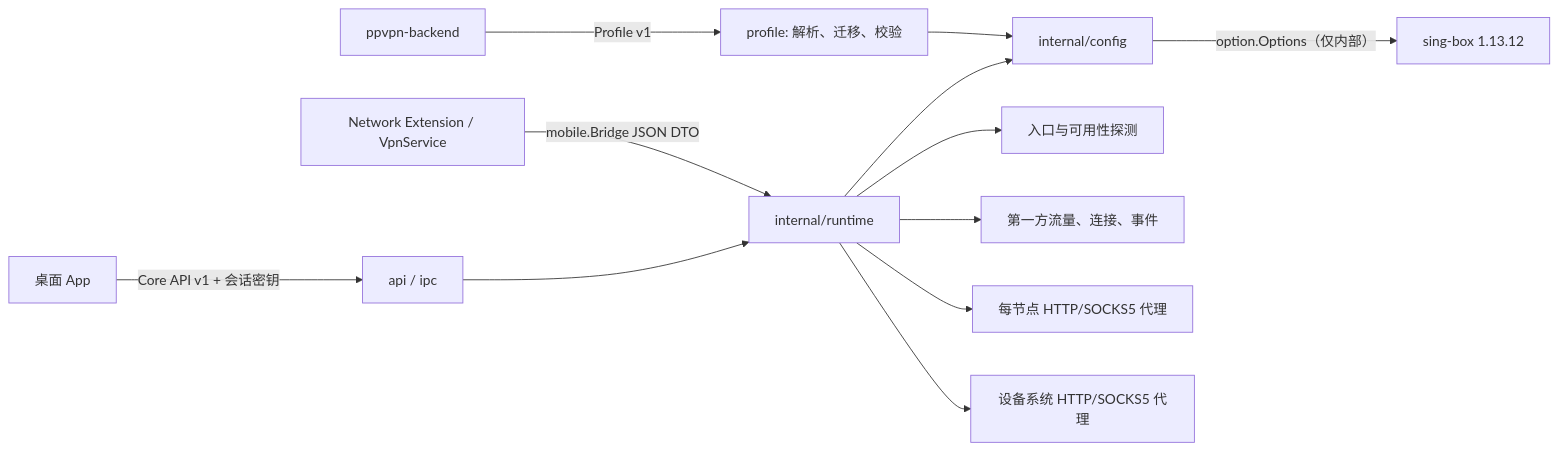
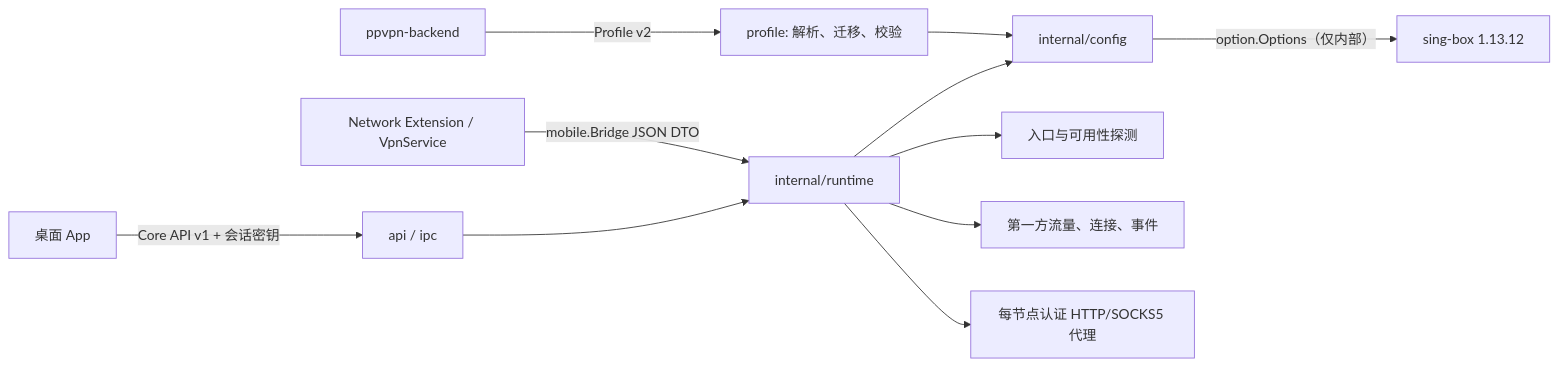
Before and after one commit to peakpassvpn/ppvpn-client: the first of 2 diagrams in docs/architecture.md, drawn with Mermaid. The commit also changed other lines of this file and 42 other files, not shown here.

````diff
--- a/docs/architecture.md
+++ b/docs/architecture.md
@@ -7,14 +7,13 @@
 ```mermaid
 flowchart LR
-  Backend["ppvpn-backend"] -->|"Profile v1"| Profile["profile: 解析、迁移、校验"]
+  Backend["ppvpn-backend"] -->|"Profile v2"| Profile["profile: 解析、迁移、校验"]
   Desktop["桌面 App"] -->|"Core API v1 + 会话密钥"| API["api / ipc"]
   Mobile["Network Extension / VpnService"] -->|"mobile.Bridge JSON DTO"| Runtime["internal/runtime"]
   API --> Runtime
   Profile --> Builder["internal/config"]
   Runtime --> Builder
   Builder -->|"option.Options（仅内部）"| SingBox["sing-box 1.13.12"]
   Runtime --> Probe["入口与可用性探测"]
   Runtime --> Telemetry["第一方流量、连接、事件"]
-  Runtime --> LocalProxy["每节点 HTTP/SOCKS5 代理"]
-  Runtime --> SystemProxy["设备系统 HTTP/SOCKS5 代理"]
+  Runtime --> LocalProxy["每节点认证 HTTP/SOCKS5 代理"]
 ```
````
